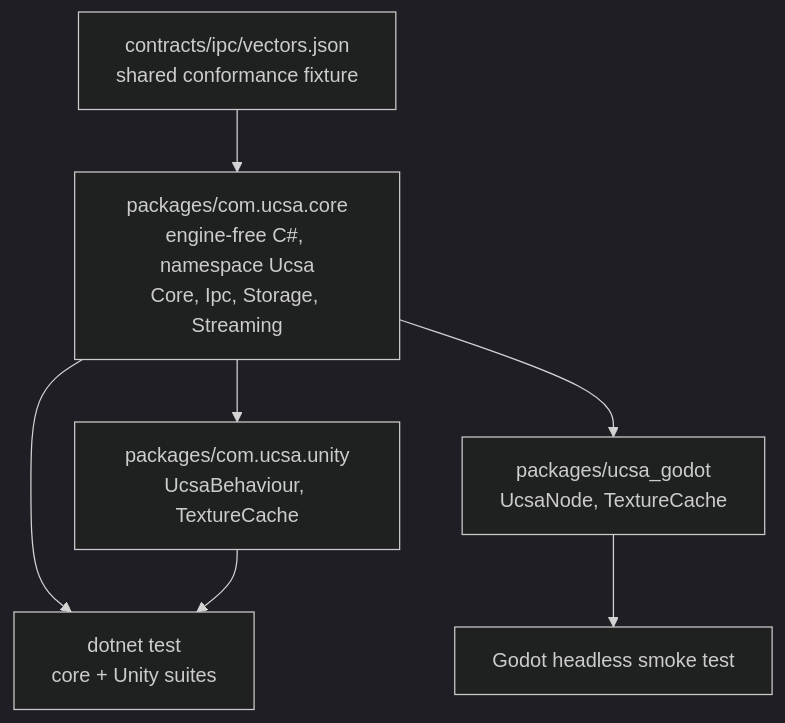
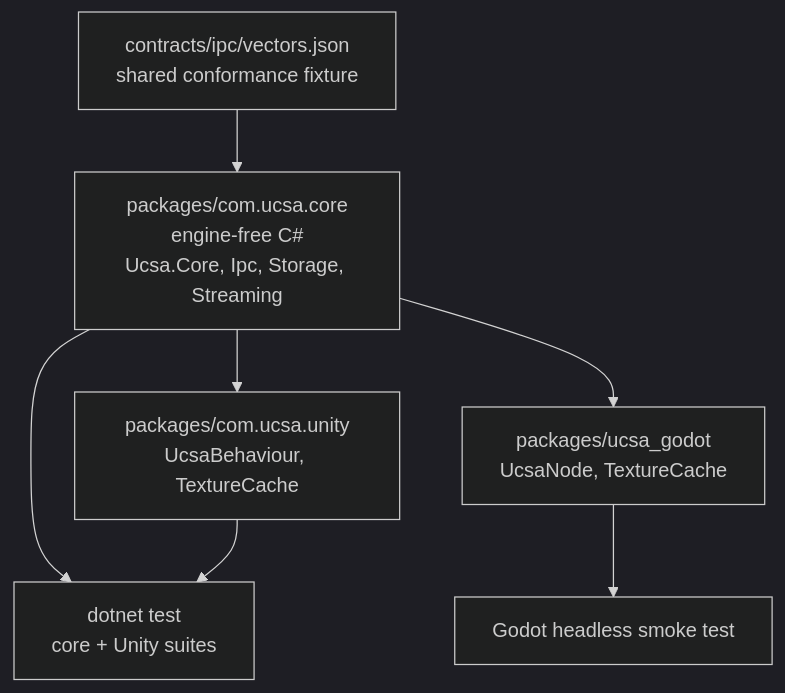
Before and after one commit to montionugera/cli-state-handler: the first of 2 diagrams in .claude/idea_backlog/I-049-godot-engine-support-for-ucsa-client-sta/spec.md, drawn with Mermaid (dark theme). The commit also changed other lines of this file, not shown here.

````diff
--- a/.claude/idea_backlog/I-049-godot-engine-support-for-ucsa-client-sta/spec.md
+++ b/.claude/idea_backlog/I-049-godot-engine-support-for-ucsa-client-sta/spec.md
@@ -52,15 +52,15 @@
 ```mermaid
 flowchart TD
     V["contracts/ipc/vectors.json<br/>shared conformance fixture"]
-    C["packages/com.ucsa.core<br/>engine-free C#, namespace Ucsa<br/>Core, Ipc, Storage, Streaming"]
+    C["packages/com.ucsa.core<br/>engine-free C#<br/>Ucsa.Core, Ipc, Storage, Streaming"]
     U["packages/com.ucsa.unity<br/>UcsaBehaviour, TextureCache"]
     G["packages/ucsa_godot<br/>UcsaNode, TextureCache"]
     T["dotnet test<br/>core + Unity suites"]
     S["Godot headless smoke test"]
     V --> C
     C --> U
     C --> G
     C --> T
     U --> T
     G --> S
 ```
````
